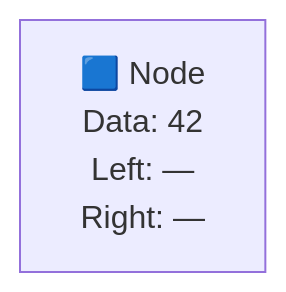
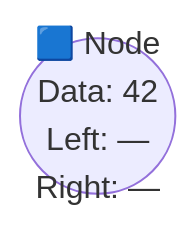
Before and after one commit to ARYAN-KUMAR-22/dsa: the first of 23 diagrams in tree/01_tree_terminology.md, drawn with Mermaid. The commit also changed other lines of this file, not shown here.

Commit message:
Convert all node representations to circles in tree diagrams for consistent visualization

````diff
--- a/tree/01_tree_terminology.md
+++ b/tree/01_tree_terminology.md
@@ -25,4 +25,4 @@
 ```mermaid
 graph TD
-    Node["🟦 Node<br/>Data: 42<br/>Left: —<br/>Right: —"]
+    Node((🟦 Node<br/>Data: 42<br/>Left: —<br/>Right: —))
 ```
````
